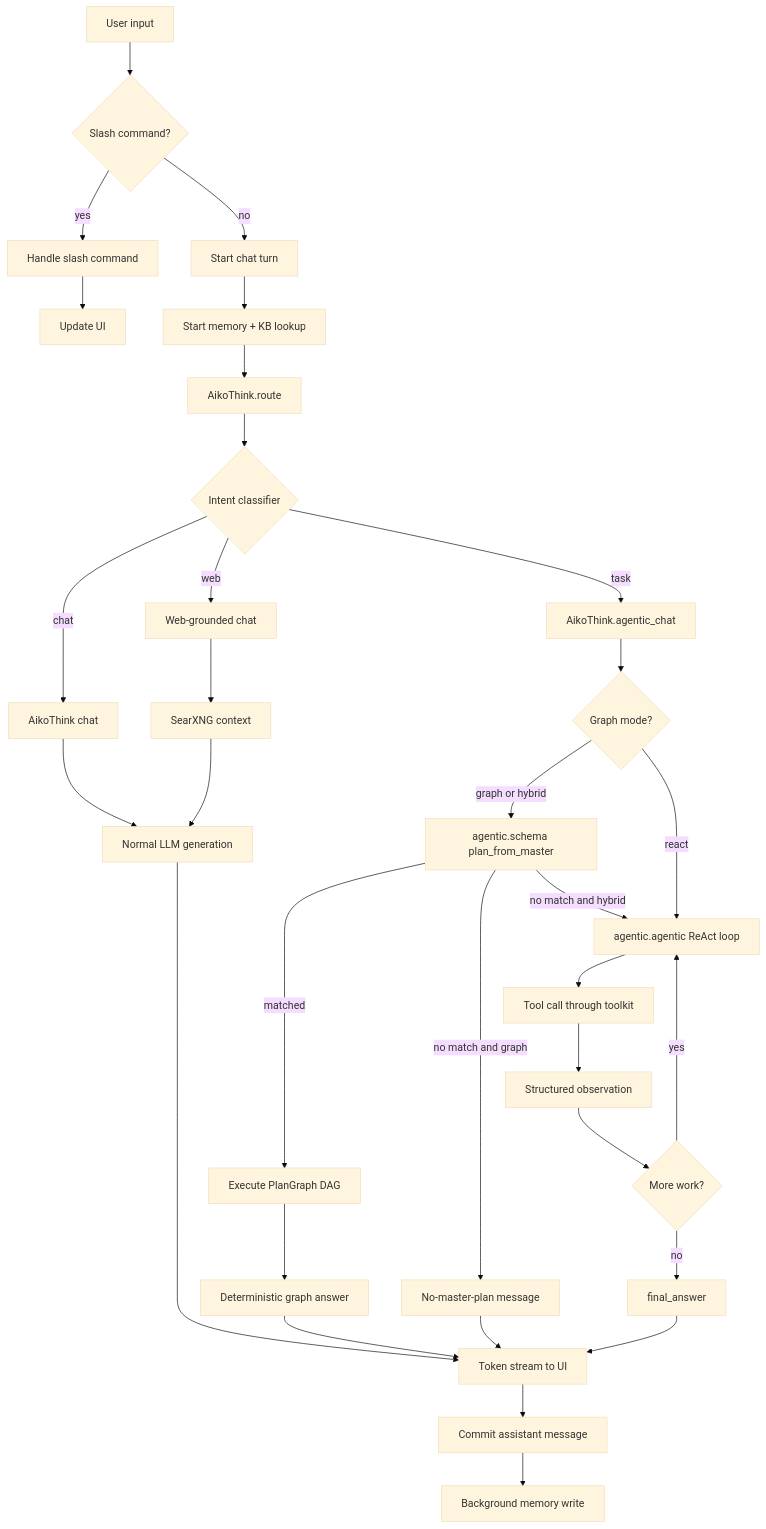
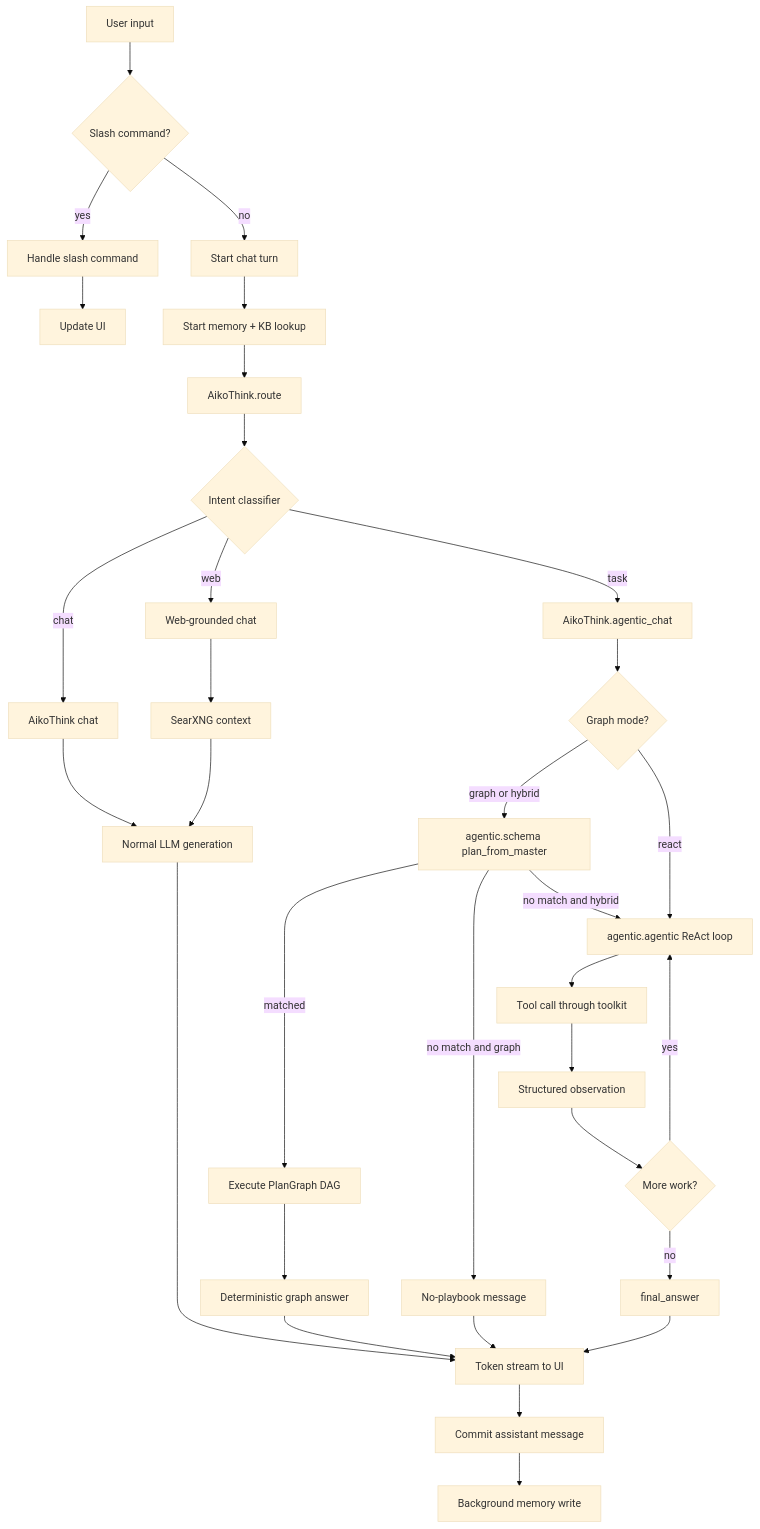
The fourth of 5 diagrams in docs/ARCHITECTURE.md (OppaAI/Aiko-chan), drawn with Mermaid (base theme) before and after one commit. The commit also changed other lines of this file and 23 other files, not shown here.

First line of the commit message:
refactor: Rename master-plan terminology to playbook throughout codebase

````diff
--- a/docs/ARCHITECTURE.md
+++ b/docs/ARCHITECTURE.md
@@ -163,38 +163,38 @@
 ```mermaid
 flowchart TD
     Input[User input] --> Slash{Slash command?}
     Slash -->|yes| Command[Handle slash command]
     Command --> Draw[Update UI]
 
     Slash -->|no| StartTurn[Start chat turn]
     StartTurn --> PreFetch[Start memory + KB lookup]
     PreFetch --> Route[AikoThink.route]
     Route --> Intent{Intent classifier}
     Intent -->|chat| Chat[AikoThink chat]
     Intent -->|web| Web[Web-grounded chat]
     Intent -->|task| Task[AikoThink.agentic_chat]
 
     Chat --> LLM[Normal LLM generation]
     Web --> Search[SearXNG context]
     Search --> LLM
 
     Task --> GraphGate{Graph mode?}
     GraphGate -->|graph or hybrid| Master[agentic.schema plan_from_master]
     Master -->|matched| DAG[Execute PlanGraph DAG]
     DAG --> GraphFinal[Deterministic graph answer]
-    Master -->|no match and graph| NoMatch[No-master-plan message]
+    Master -->|no match and graph| NoMatch[No-playbook message]
     Master -->|no match and hybrid| React[agentic.agentic ReAct loop]
     GraphGate -->|react| React
     React --> ToolCall[Tool call through toolkit]
     ToolCall --> Observation[Structured observation]
     Observation --> Continue{More work?}
     Continue -->|yes| React
     Continue -->|no| Final[final_answer]
 
     LLM --> Stream[Token stream to UI]
     GraphFinal --> Stream
     NoMatch --> Stream
     Final --> Stream
     Stream --> Commit[Commit assistant message]
     Commit --> AsyncMem[Background memory write]
 ```
````
